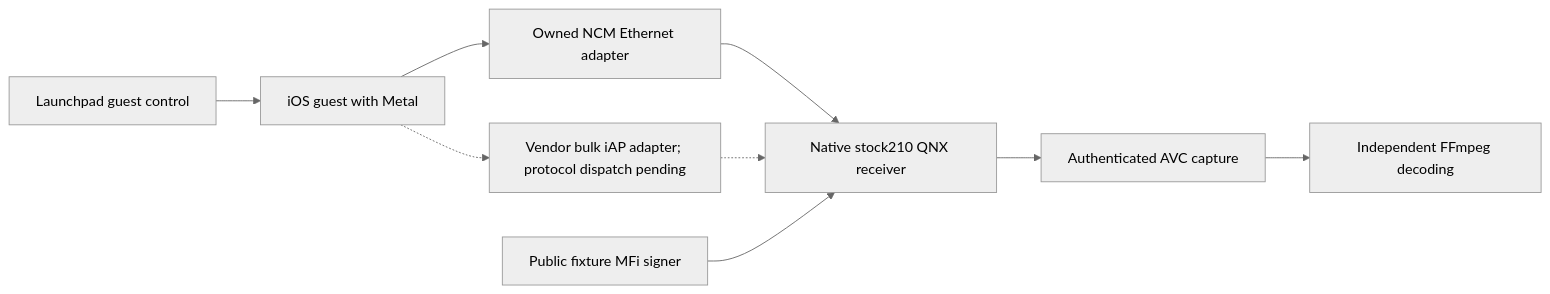
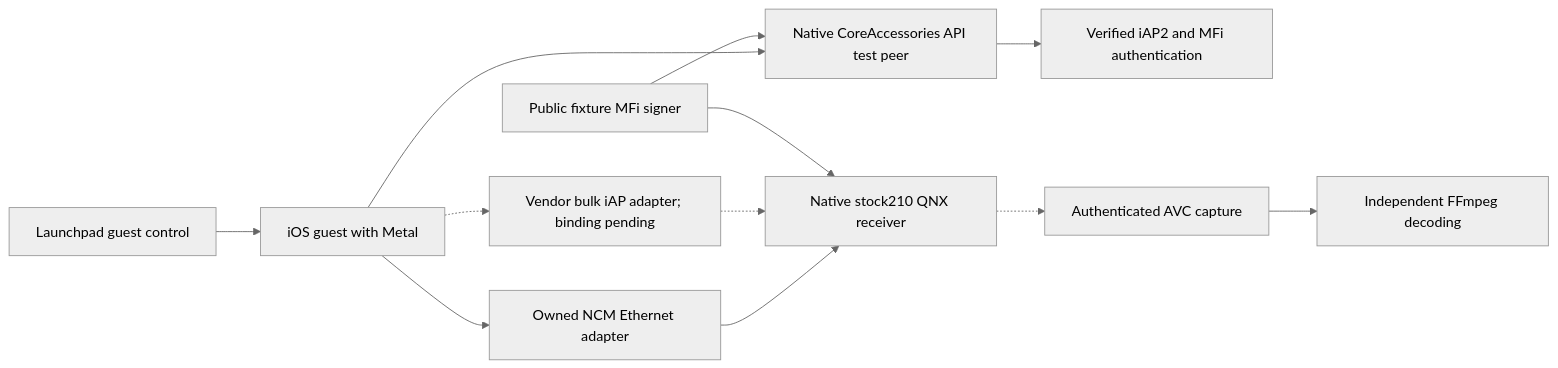
Before and after one commit to luka-dev/mib2q-carplay-rgi: the first of 2 diagrams in docs/wireless-carplay/VPHONE_LAB.md, drawn with Mermaid (neutral theme). The commit also changed other lines of this file and 15 other files, not shown here.

Commit message:
Verify native vphone iAP2 and MFi through bounded CoreAccessories peers

````diff
--- a/docs/wireless-carplay/VPHONE_LAB.md
+++ b/docs/wireless-carplay/VPHONE_LAB.md
@@ -77,14 +77,17 @@
 ```mermaid
 flowchart LR
     accTitle: vphone CarPlay Laboratory Migration
-    accDescr: vphone renders native applications and reaches QNX through its original NCM link. The vendor bulk iAP adapter enumerates and accessoryd opens a native manager, the USB port has a native upstream link, and authentication remains pending.
+    accDescr: vphone renders native applications and reaches QNX through NCM. A native CoreAccessories API test peer completes iAP2 authentication and identification; the USB binding and QNX CarPlay session remain separate checks.
 
     launchpad["Launchpad guest control"] --> ios_guest["iOS guest with Metal"]
     ios_guest --> ethernet_adapter["Owned NCM Ethernet adapter"]
     ethernet_adapter --> qnx_receiver["Native stock210 QNX receiver"]
-    ios_guest -.-> iap_adapter["Vendor bulk iAP adapter; protocol dispatch pending"]
+    ios_guest --> api_peer["Native CoreAccessories API test peer"]
+    api_peer --> native_iap["Verified iAP2 and MFi authentication"]
+    mfi_signer["Public fixture MFi signer"] --> api_peer
+    ios_guest -.-> iap_adapter["Vendor bulk iAP adapter; binding pending"]
     iap_adapter -.-> qnx_receiver
-    mfi_signer["Public fixture MFi signer"] --> qnx_receiver
-    qnx_receiver --> video_capture["Authenticated AVC capture"]
+    mfi_signer --> qnx_receiver
+    qnx_receiver -.-> video_capture["Authenticated AVC capture"]
     video_capture --> independent_decode["Independent FFmpeg decoding"]
 ```
````
